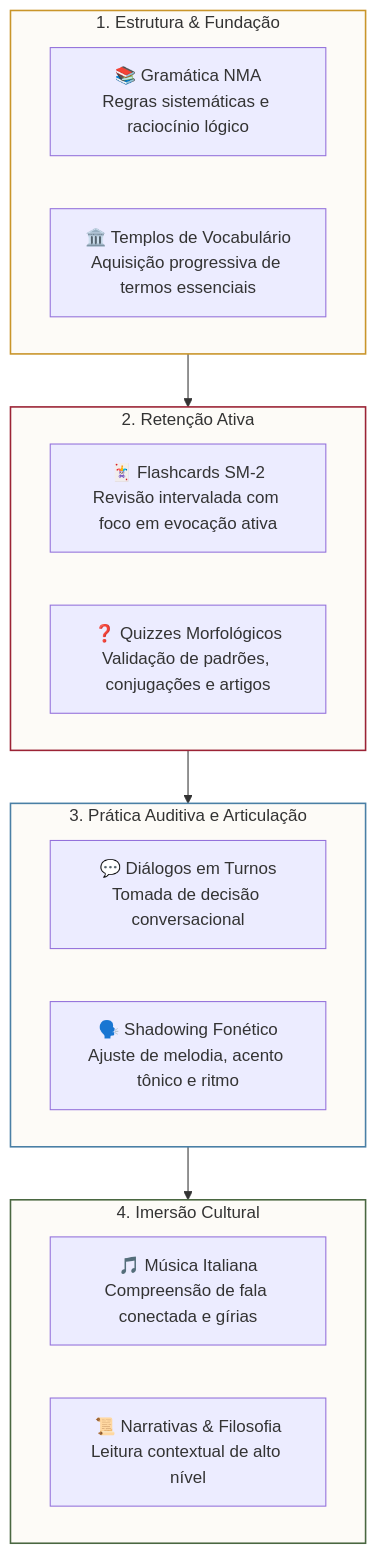
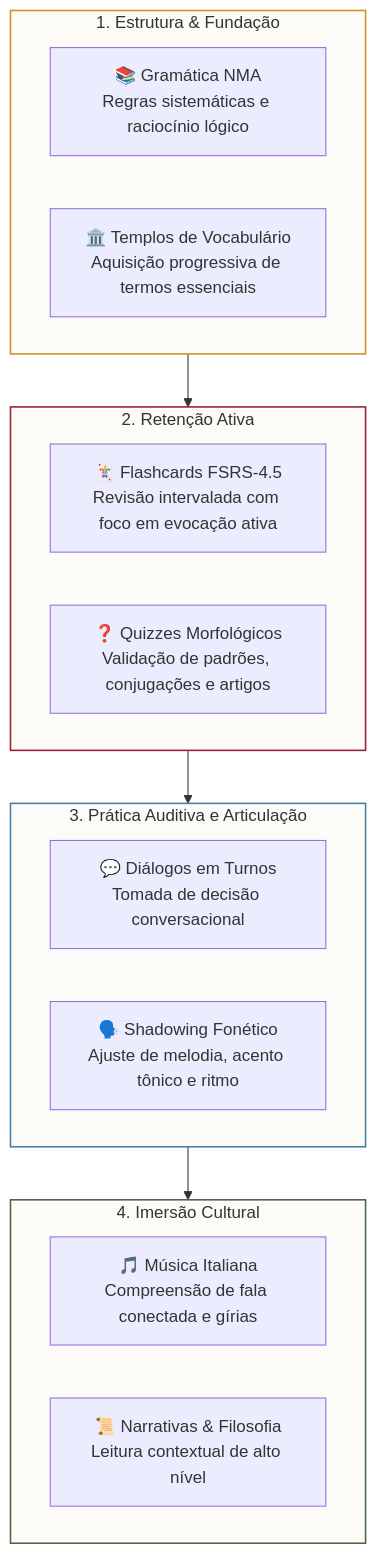
One commit to bruno-felipe-conte/apprendimento-italiano changed the second of 3 diagrams in README.md. Above: the diagram before and after it, drawn with Mermaid. The commit also changed other lines of this file, not shown here.

Commit message:
docs: atualizar README com FSRS-4.5, comandos de validacao e mapa de arquitetura

````diff
--- a/README.md
+++ b/README.md
@@ -68,31 +68,31 @@
 ```mermaid
 graph TD
     subgraph S1 ["1. Estrutura & Fundação"]
         G["📚 Gramática NMA<br>Regras sistemáticas e raciocínio lógico"]
         V["🏛️ Templos de Vocabulário<br>Aquisição progressiva de termos essenciais"]
     end
 
     subgraph S2 ["2. Retenção Ativa"]
-        F["🃏 Flashcards SM-2<br>Revisão intervalada com foco em evocação ativa"]
+        F["🃏 Flashcards FSRS-4.5<br>Revisão intervalada com foco em evocação ativa"]
         Q["❓ Quizzes Morfológicos<br>Validação de padrões, conjugações e artigos"]
     end
 
     subgraph S3 ["3. Prática Auditiva e Articulação"]
         D["💬 Diálogos em Turnos<br>Tomada de decisão conversacional"]
         I["🗣️ Shadowing Fonético<br>Ajuste de melodia, acento tônico e ritmo"]
     end
 
     subgraph S4 ["4. Imersão Cultural"]
         M["🎵 Música Italiana<br>Compreensão de fala conectada e gírias"]
         H["📜 Narrativas & Filosofia<br>Leitura contextual de alto nível"]
     end
 
     S1 --> S2
     S2 --> S3
     S3 --> S4
 
     style S1 fill:#FDFBF7,stroke:#C9952A,stroke-width:1.5px
     style S2 fill:#FDFBF7,stroke:#9B2335,stroke-width:1.5px
     style S3 fill:#FDFBF7,stroke:#4A7FA5,stroke-width:1.5px
     style S4 fill:#FDFBF7,stroke:#4A6741,stroke-width:1.5px
 ```
````
